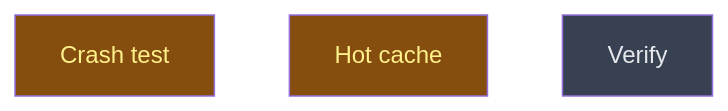
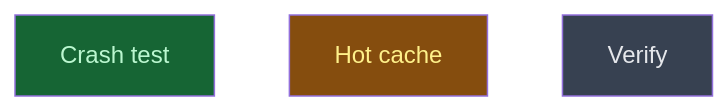
One commit to CrackingShells/cracking-shells-playbook changed the diagram in __roadmap__/m1-core-foundation/settle/build/codec/store/harden/README.md. Above: the diagram before and after it, drawn with Mermaid. The commit also changed other lines of this file and 1 other file, not shown here.

First line of the commit message:
chore(roadmap): close the m1 crash test

````diff
--- a/__roadmap__/m1-core-foundation/settle/build/codec/store/harden/README.md
+++ b/__roadmap__/m1-core-foundation/settle/build/codec/store/harden/README.md
@@ -18,11 +18,11 @@
 ```mermaid
 graph TD
-    crash_test[Crash test]:::inprogress
+    crash_test[Crash test]:::done
     hot_cache[Hot cache]:::inprogress
     verify[Verify]:::planned
     classDef done       fill:#166534,color:#bbf7d0
     classDef inprogress fill:#854d0e,color:#fef08a
     classDef planned    fill:#374151,color:#e5e7eb
     classDef amendment  fill:#1e3a5f,color:#bfdbfe
     classDef blocked    fill:#7f1d1d,color:#fecaca
 ```
````
